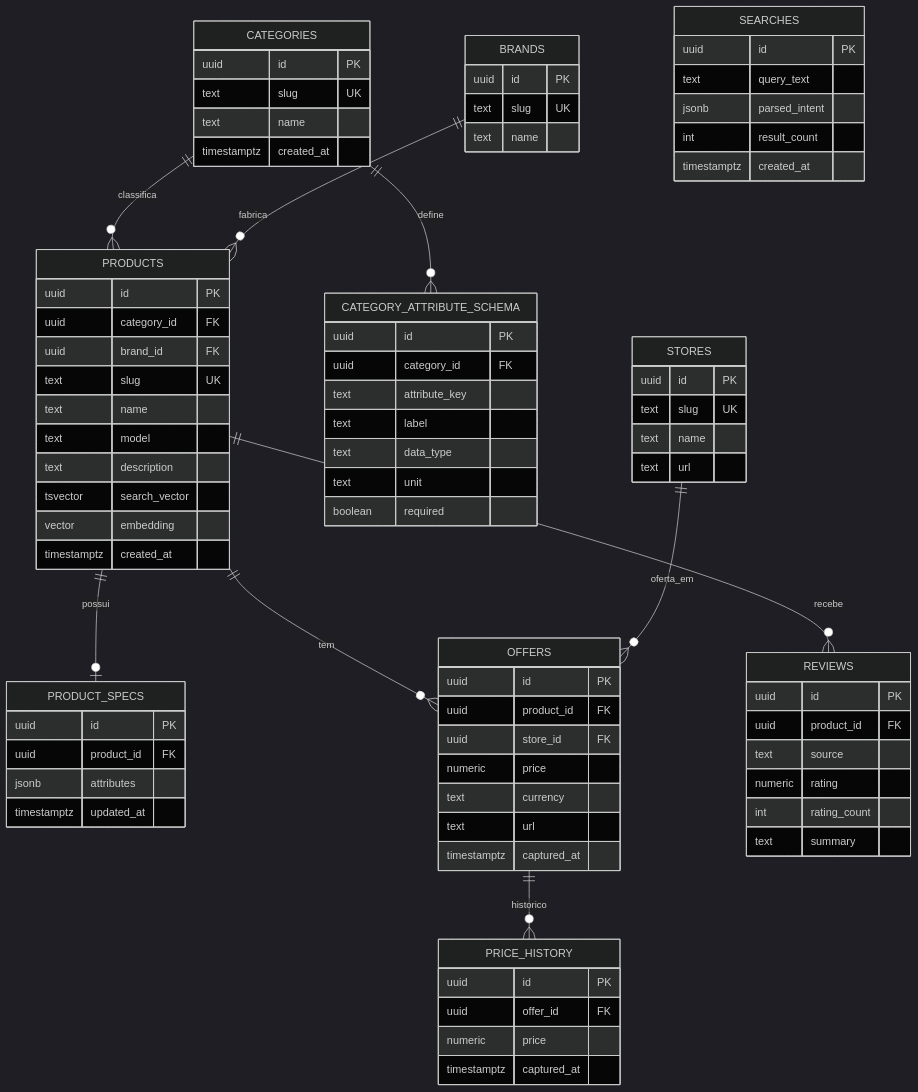
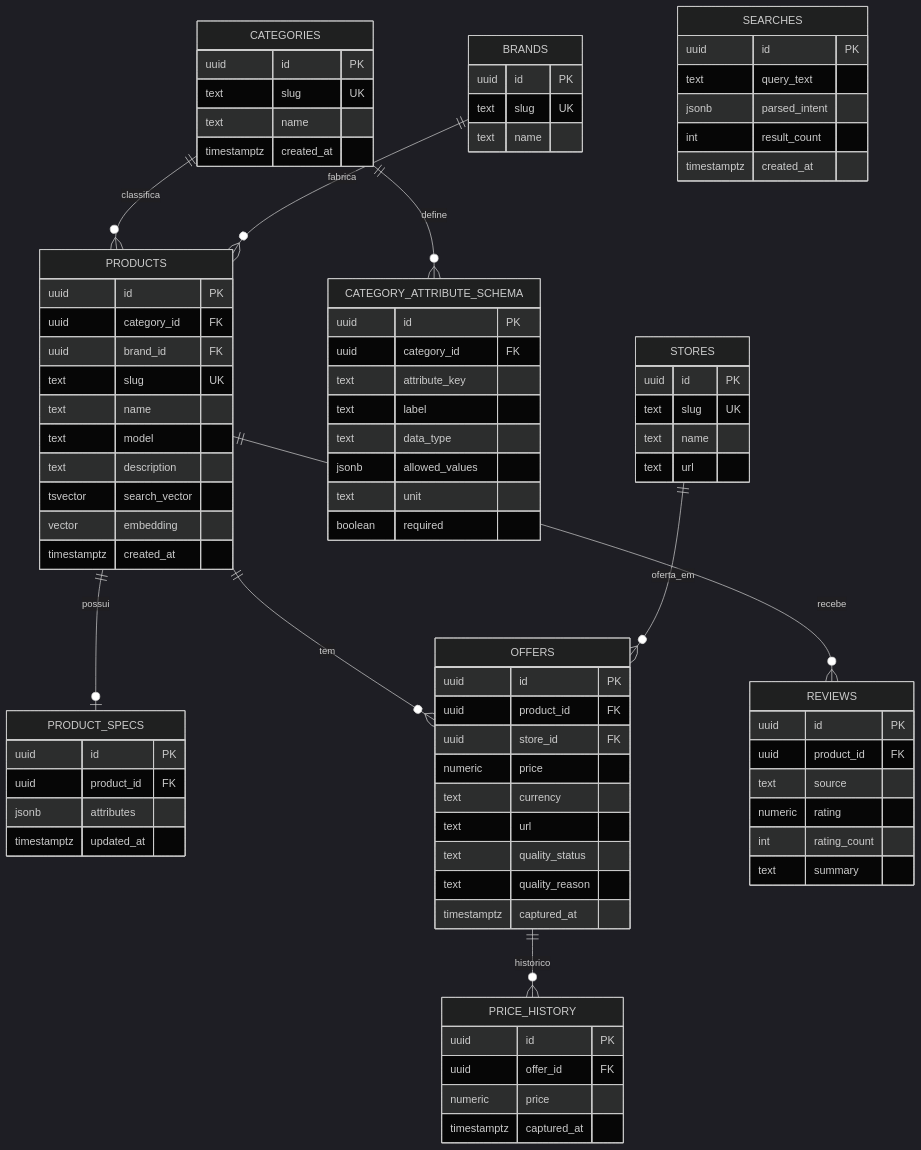
The diagram in docs/data-model.md (Erick-wilding675/ProductSearcher), drawn with Mermaid (dark theme) before and after one commit. The commit also changed other lines of this file and 33 other files, not shown here.

```diff
--- a/docs/data-model.md
+++ b/docs/data-model.md
@@ -33,6 +37,7 @@
     text attribute_key
     text label
     text data_type
+    jsonb allowed_values
     text unit
     boolean required
   }
@@ -72,6 +77,8 @@
     numeric price
     text currency
     text url
+    text quality_status
+    text quality_reason
     timestamptz captured_at
   }
   PRICE_HISTORY {
```
